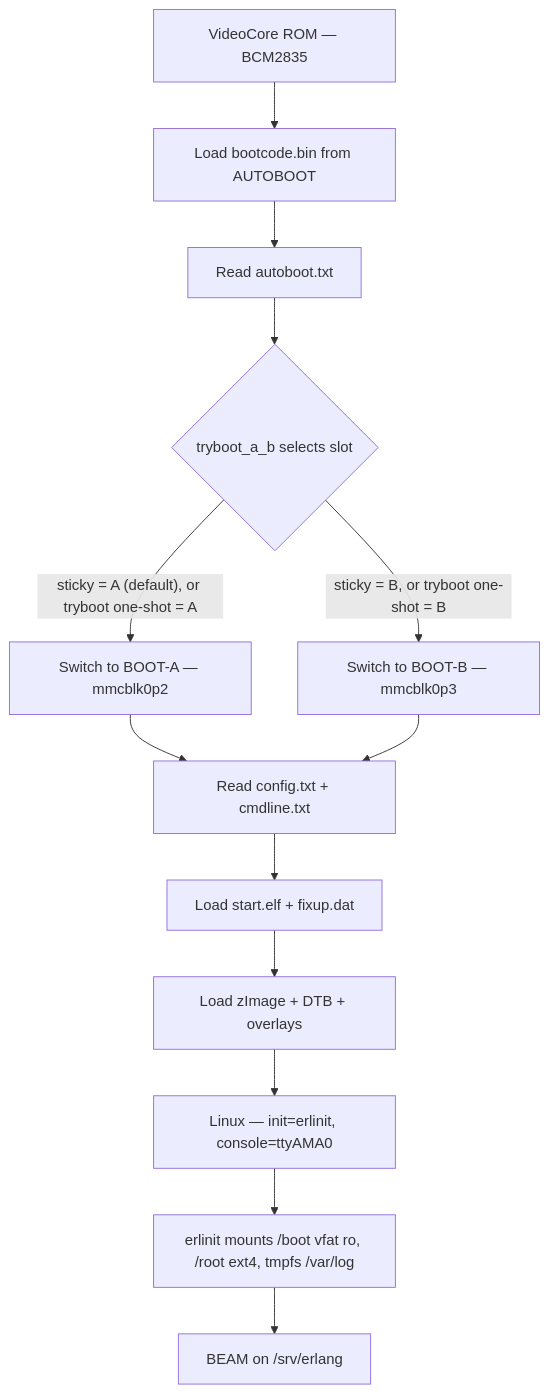
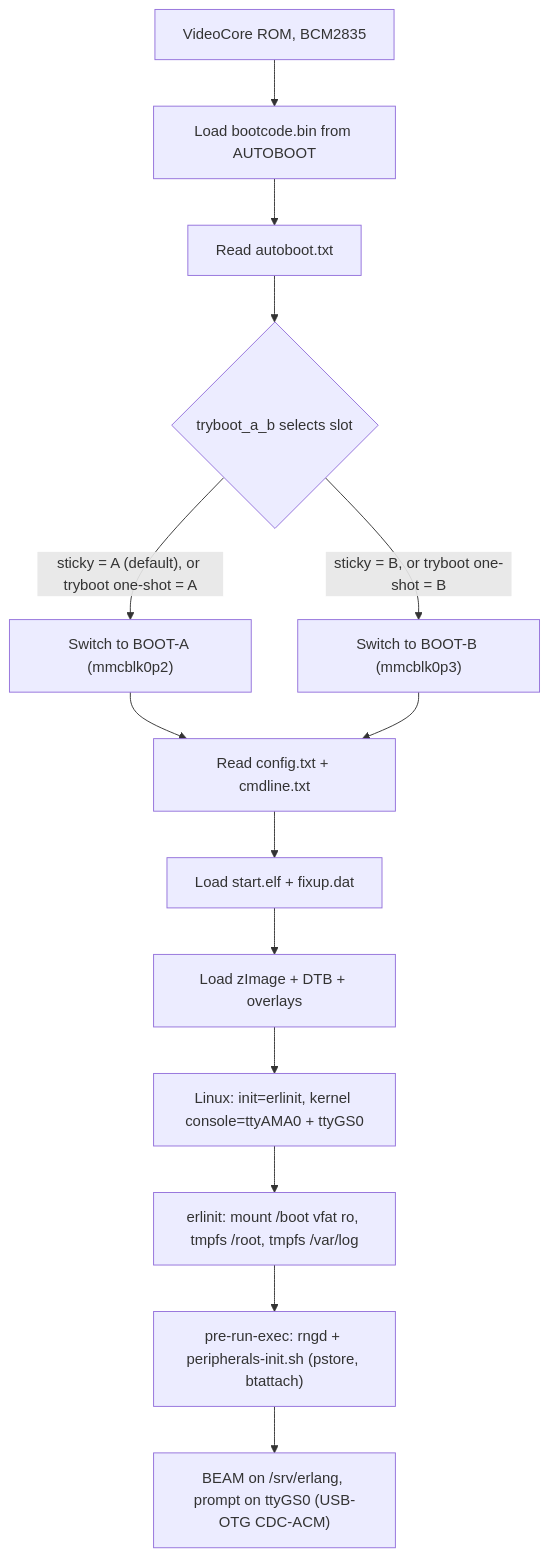
One commit to grisp/grisp_alloy changed the second of 7 diagrams in docs/system_rpi0w.md. Above: the diagram before and after it, drawn with Mermaid. The commit also changed other lines of this file and 3 other files, not shown here.

````diff
--- a/docs/system_rpi0w.md
+++ b/docs/system_rpi0w.md
@@ -101,22 +101,23 @@
 ```mermaid
 flowchart TD
-    ROM["VideoCore ROM — BCM2835"]
+    ROM["VideoCore ROM, BCM2835"]
     BC["Load bootcode.bin from AUTOBOOT"]
     AT["Read autoboot.txt"]
     DEC{"tryboot_a_b selects slot"}
-    BA["Switch to BOOT-A — mmcblk0p2"]
-    BB["Switch to BOOT-B — mmcblk0p3"]
+    BA["Switch to BOOT-A (mmcblk0p2)"]
+    BB["Switch to BOOT-B (mmcblk0p3)"]
     CT["Read config.txt + cmdline.txt"]
     FW["Load start.elf + fixup.dat"]
     KN["Load zImage + DTB + overlays"]
-    LIN["Linux — init=erlinit, console=ttyAMA0"]
-    EI["erlinit mounts /boot vfat ro, /root ext4, tmpfs /var/log"]
-    BEAM["BEAM on /srv/erlang"]
+    LIN["Linux: init=erlinit, kernel console=ttyAMA0 + ttyGS0"]
+    EI["erlinit: mount /boot vfat ro, tmpfs /root, tmpfs /var/log"]
+    PI["pre-run-exec: rngd + peripherals-init.sh (pstore, btattach)"]
+    BEAM["BEAM on /srv/erlang, prompt on ttyGS0 (USB-OTG CDC-ACM)"]
 
     ROM --> BC --> AT --> DEC
     DEC -->|"sticky = A (default), or tryboot one-shot = A"| BA
     DEC -->|"sticky = B, or tryboot one-shot = B"| BB
     BA --> CT
     BB --> CT
-    CT --> FW --> KN --> LIN --> EI --> BEAM
+    CT --> FW --> KN --> LIN --> EI --> PI --> BEAM
 ```
````
